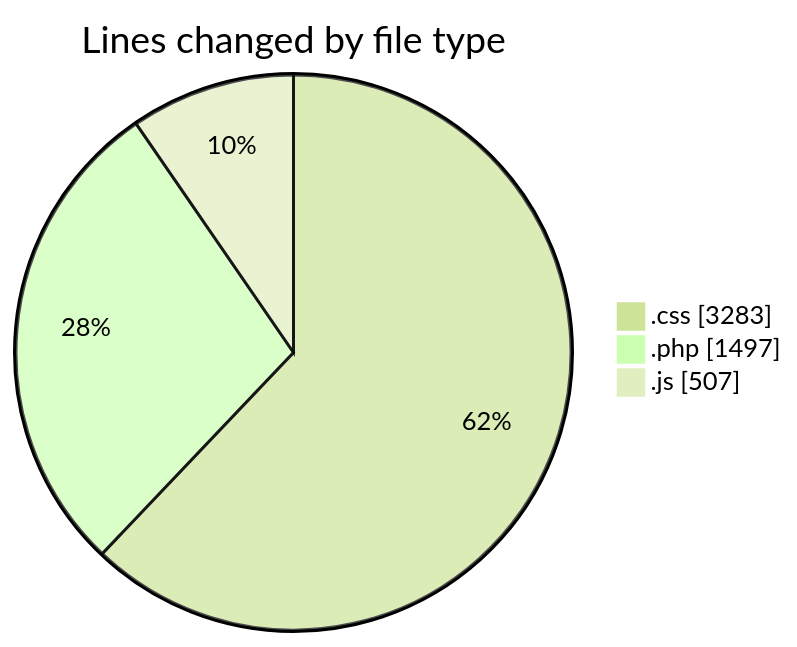
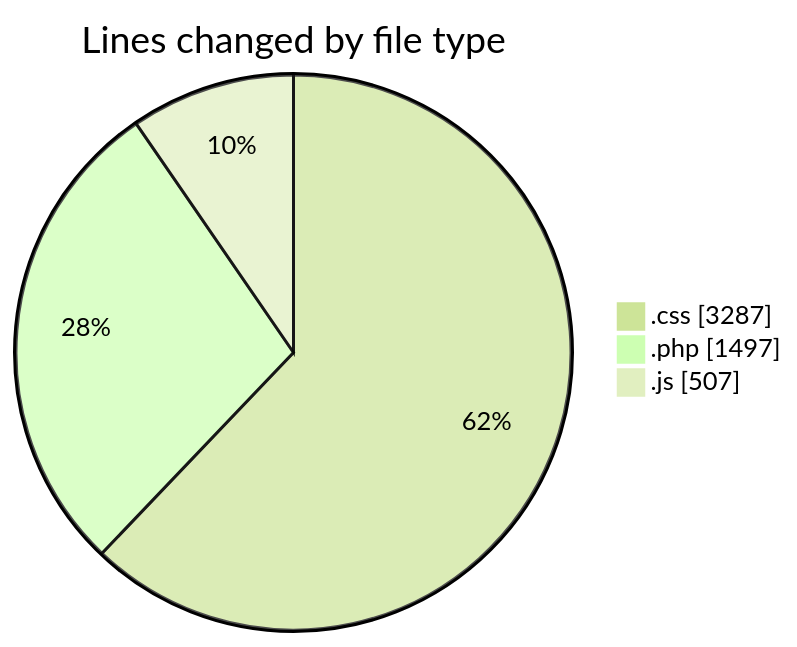
Before and after one commit to debugP/code-tracking: the first of 2 diagrams in 2026-07-22/untitled__workspace_/README.md, drawn with Mermaid (forest theme). The commit also changed other lines of this file and 1 other file, not shown here.

````diff
--- a/2026-07-22/untitled__workspace_/README.md
+++ b/2026-07-22/untitled__workspace_/README.md
@@ -23,7 +23,7 @@
 ```mermaid
 pie showData
 title Lines changed by file type
-".css" : 3283
+".css" : 3287
 ".php" : 1497
 ".js" : 507
 ```
````
